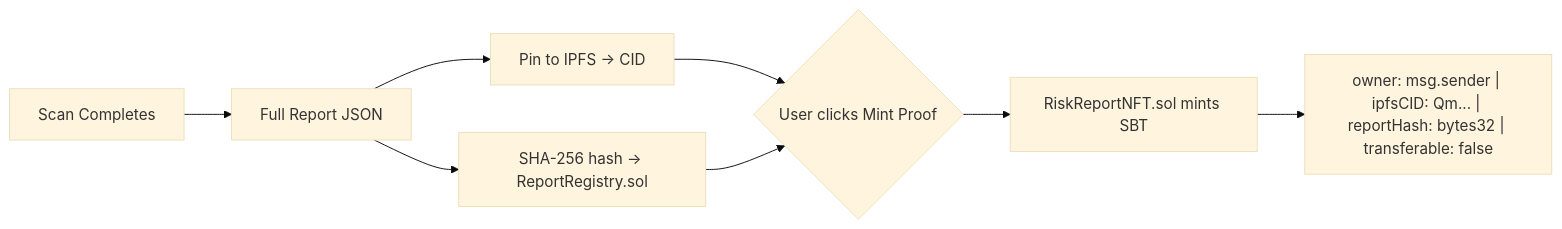
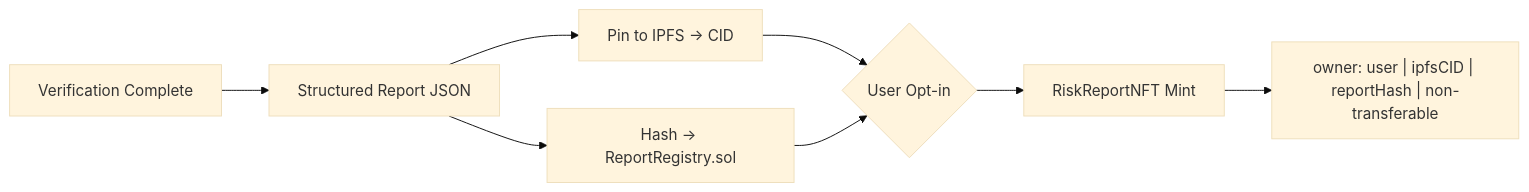
One commit to Sourav-IIITBPL/preflight changed the third of 3 diagrams in README.md. Above: the diagram before and after it, drawn with Mermaid (base theme). The commit also changed other lines of this file and 6 other files, not shown here.

````diff
--- a/README.md
+++ b/README.md
@@ -327,9 +461,9 @@
 ```mermaid
 flowchart LR
-    A[Scan Completes] --> B[Full Report JSON]
+    A[Verification Complete] --> B[Structured Report JSON]
     B --> C[Pin to IPFS → CID]
-    B --> D[SHA-256 hash → ReportRegistry.sol]
-    C & D --> E{User clicks Mint Proof}
-    E --> F[RiskReportNFT.sol mints SBT]
-    F --> G["owner: msg.sender | ipfsCID: Qm... | reportHash: bytes32 | transferable: false"]
+    B --> D[Hash → ReportRegistry.sol]
+    C & D --> E{User Opt-in}
+    E --> F[RiskReportNFT Mint]
+    F --> G["owner: user | ipfsCID | reportHash | non-transferable"]
 ```
````
